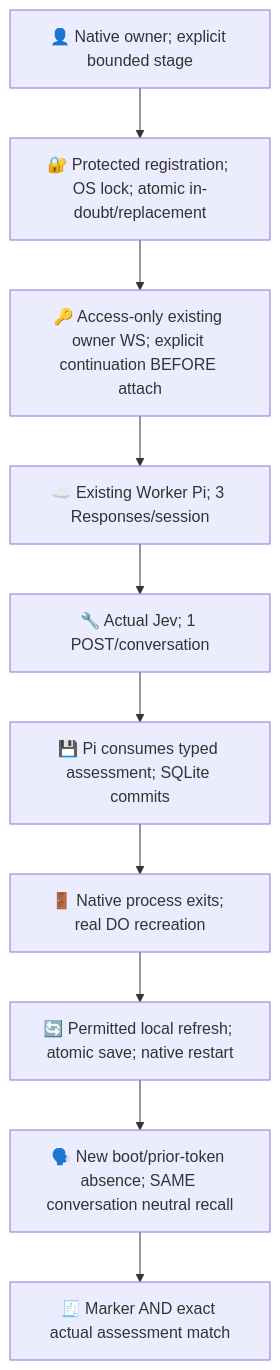
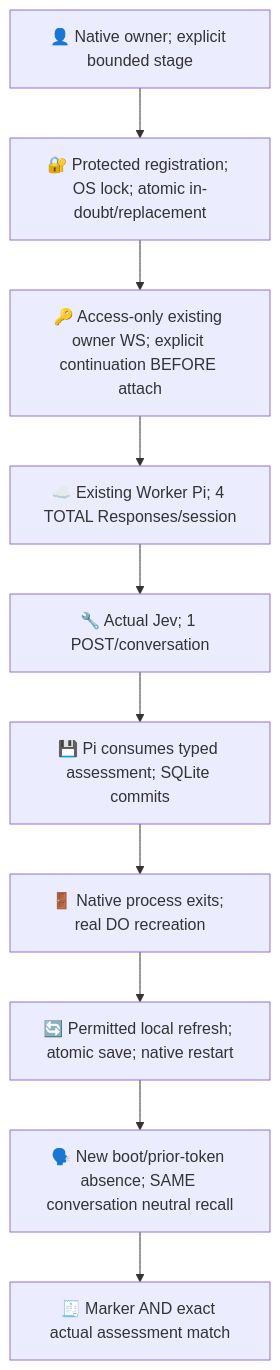
One commit to roccho-org/ops changed the first of 2 diagrams in experiments/pi-worker-proof/README.md. Above: the diagram before and after it, drawn with Mermaid. The commit also changed other lines of this file and 5 other files, not shown here.

````diff
--- a/experiments/pi-worker-proof/README.md
+++ b/experiments/pi-worker-proof/README.md
@@ -31,12 +32,12 @@
 ```mermaid
 flowchart TB
   Owner["👤 Native owner; explicit bounded stage"] --> Store["🔐 Protected registration; OS lock; atomic in-doubt/replacement"]
   Store --> Access["🔑 Access-only existing owner WS; explicit continuation BEFORE attach"]
-  Access --> Pi["☁️ Existing Worker Pi; 3 Responses/session"]
+  Access --> Pi["☁️ Existing Worker Pi; 4 TOTAL Responses/session"]
   Pi --> Jev["🔧 Actual Jev; 1 POST/conversation"]
   Jev --> Commit["💾 Pi consumes typed assessment; SQLite commits"]
   Commit --> Exit["🚪 Native process exits; real DO recreation"]
   Exit --> Refresh["🔄 Permitted local refresh; atomic save; native restart"]
   Refresh --> Recall["🗣️ New boot/prior-token absence; SAME conversation neutral recall"]
   Recall --> Evidence["🧾 Marker AND exact actual assessment match"]
 ```
````
